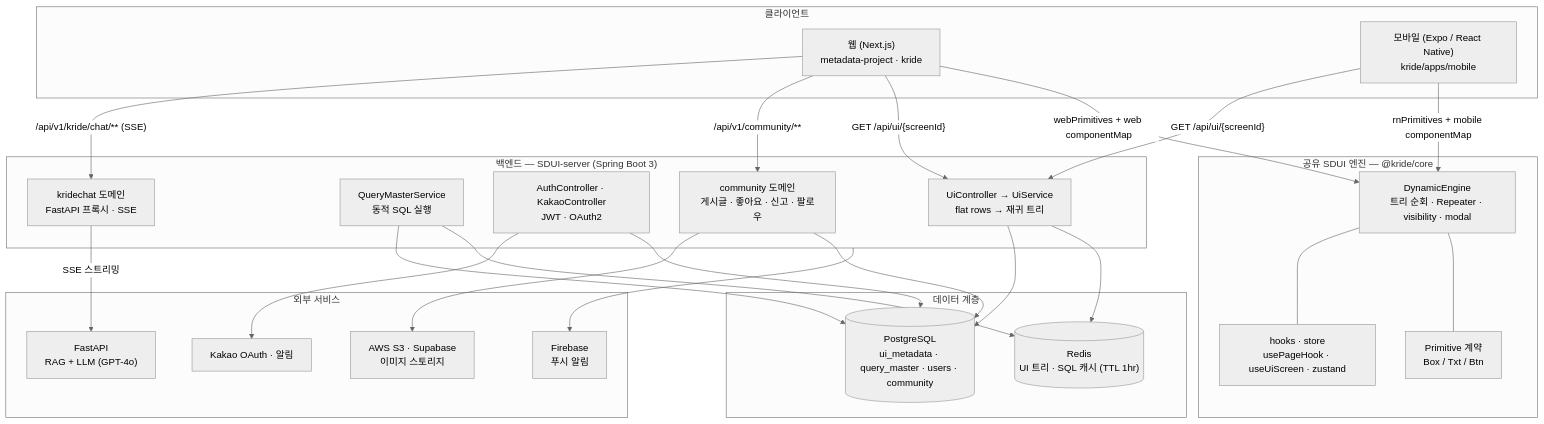
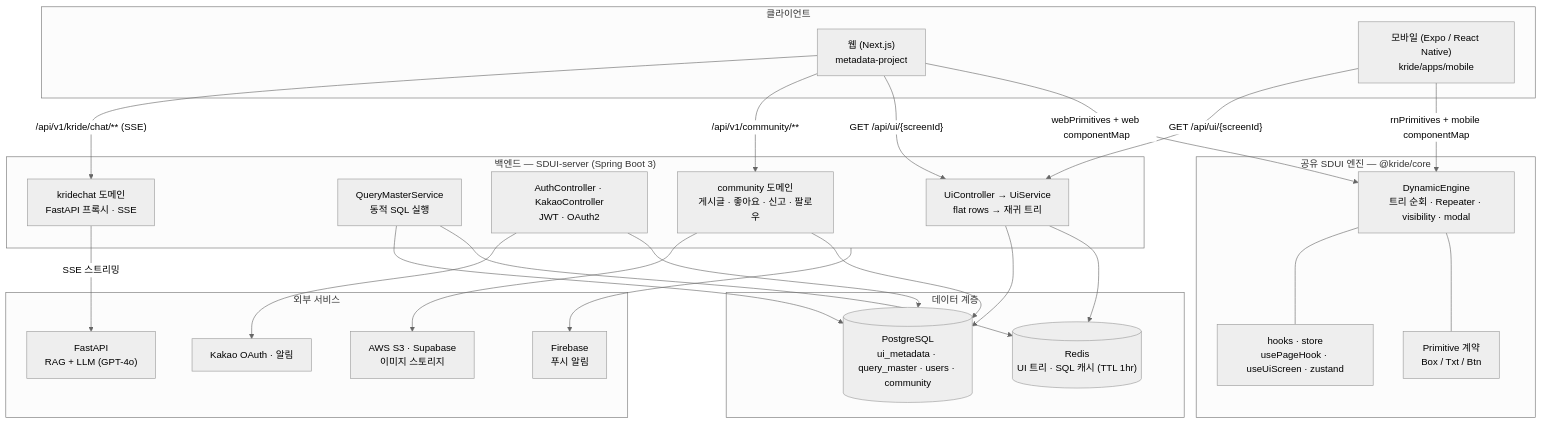
One commit to feed-mina/KMovement changed the first of 5 diagrams in subproject/SDUI/ARCHITECTURE.md. Above: the diagram before and after it, drawn with Mermaid (neutral theme). The commit also changed other lines of this file and 11 other files, not shown here.

````diff
--- a/subproject/SDUI/ARCHITECTURE.md
+++ b/subproject/SDUI/ARCHITECTURE.md
@@ -20,55 +23,55 @@
 ```mermaid
 graph TB
     subgraph Clients["클라이언트"]
-        Web["웹 (Next.js)<br/>metadata-project · kride"]
+        Web["웹 (Next.js)<br/>metadata-project"]
         Mobile["모바일 (Expo / React Native)<br/>kride/apps/mobile"]
     end
 
     subgraph Shared["공유 SDUI 엔진 — @kride/core"]
         Engine["DynamicEngine<br/>트리 순회 · Repeater · visibility · modal"]
         Prim["Primitive 계약<br/>Box / Txt / Btn"]
         Hooks["hooks · store<br/>usePageHook · useUiScreen · zustand"]
     end
 
     Web -->|webPrimitives + web componentMap| Engine
     Mobile -->|rnPrimitives + mobile componentMap| Engine
     Engine --- Prim
     Engine --- Hooks
 
     subgraph Backend["백엔드 — SDUI-server (Spring Boot 3)"]
         UiCtl["UiController → UiService<br/>flat rows → 재귀 트리"]
         QuerySvc["QueryMasterService<br/>동적 SQL 실행"]
         Auth["AuthController · KakaoController<br/>JWT · OAuth2"]
         Community["community 도메인<br/>게시글 · 좋아요 · 신고 · 팔로우"]
         Chat["kridechat 도메인<br/>FastAPI 프록시 · SSE"]
     end
 
     Web -->|"GET /api/ui/{screenId}"| UiCtl
     Mobile -->|"GET /api/ui/{screenId}"| UiCtl
     Web -->|"/api/v1/community/**"| Community
     Web -->|"/api/v1/kride/chat/** (SSE)"| Chat
 
     subgraph Data["데이터 계층"]
         Redis[("Redis<br/>UI 트리 · SQL 캐시 (TTL 1hr)")]
         PG[("PostgreSQL<br/>ui_metadata · query_master · users · community")]
     end
 
     UiCtl --> Redis
     UiCtl --> PG
     QuerySvc --> Redis
     QuerySvc --> PG
     Auth --> PG
     Community --> PG
 
     subgraph External["외부 서비스"]
         FastAPI["FastAPI<br/>RAG + LLM (GPT-4o)"]
         Kakao["Kakao OAuth · 알림"]
         S3["AWS S3 · Supabase<br/>이미지 스토리지"]
         Firebase["Firebase<br/>푸시 알림"]
     end
 
     Chat -->|SSE 스트리밍| FastAPI
     Auth --> Kakao
     Community --> S3
     Backend --> Firebase
 ```
````
